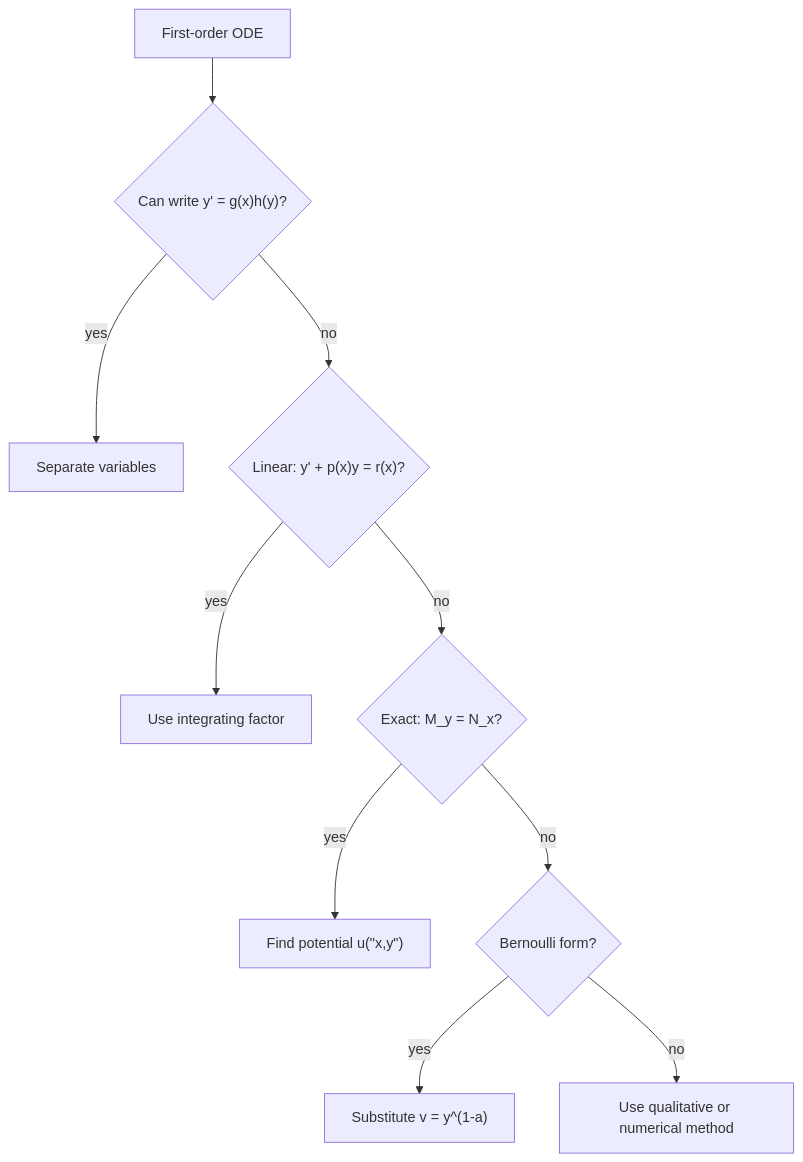
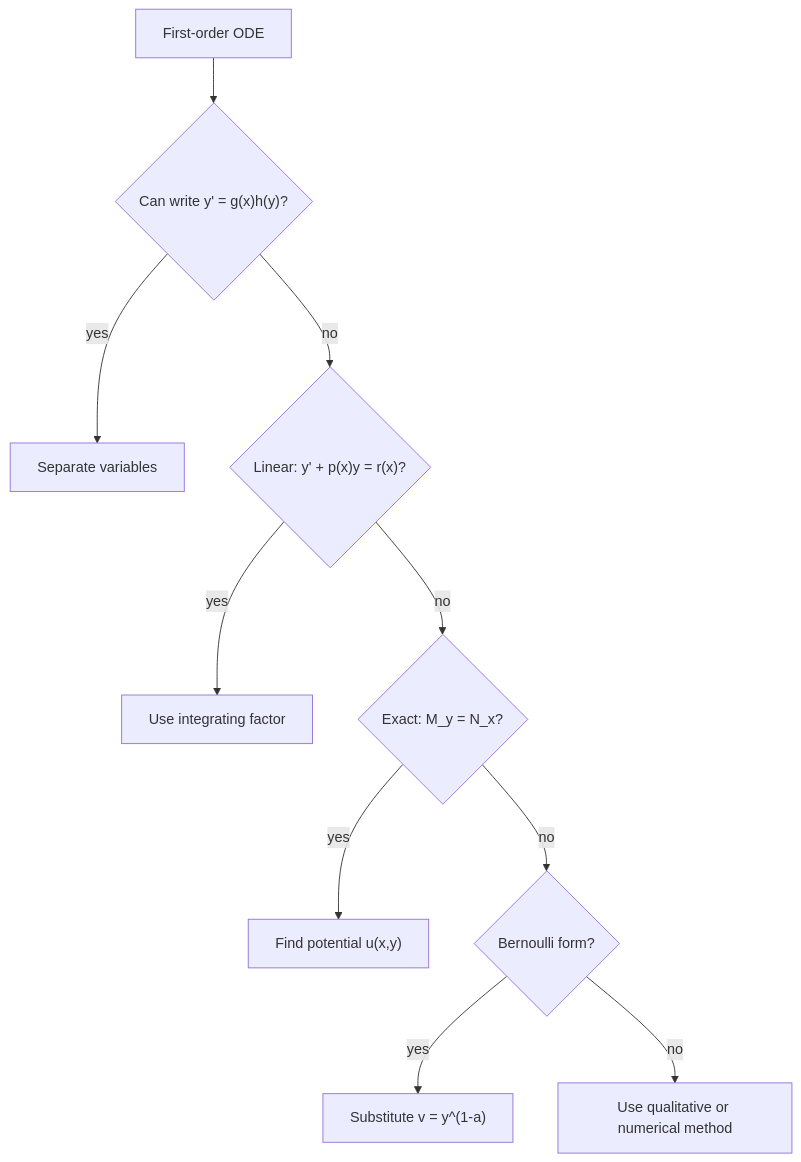
The diagram in docs/math/engineering-math/first-order-odes.md (justinbrianhwang/SJ-wiki), drawn with Mermaid before and after one commit. The commit also changed 83 other files, not shown here.

Commit message:
Fix Mermaid #quot; artifacts from broken sanitizer + add fix-mermaid-broken-quot.py tool (77 files repaired)

````diff
--- a/docs/math/engineering-math/first-order-odes.md
+++ b/docs/math/engineering-math/first-order-odes.md
@@ -138,12 +138,12 @@
 ```mermaid
 flowchart TD
   A[First-order ODE] --> B{"Can write y' = g(x)h(y)?"}
   B -->|yes| C[Separate variables]
   B -->|no| D{"Linear: y' + p(x)y = r(x)?"}
   D -->|yes| E[Use integrating factor]
   D -->|no| F{"Exact: M_y = N_x?"}
-  F -->|yes| G["Find potential u(#quot;x,y#quot;)"]
+  F -->|yes| G["Find potential u(x,y)"]
   F -->|no| H{"Bernoulli form?"}
   H -->|yes| I["Substitute v = y^(1-a)"]
   H -->|no| J[Use qualitative or numerical method]
 ```
````
